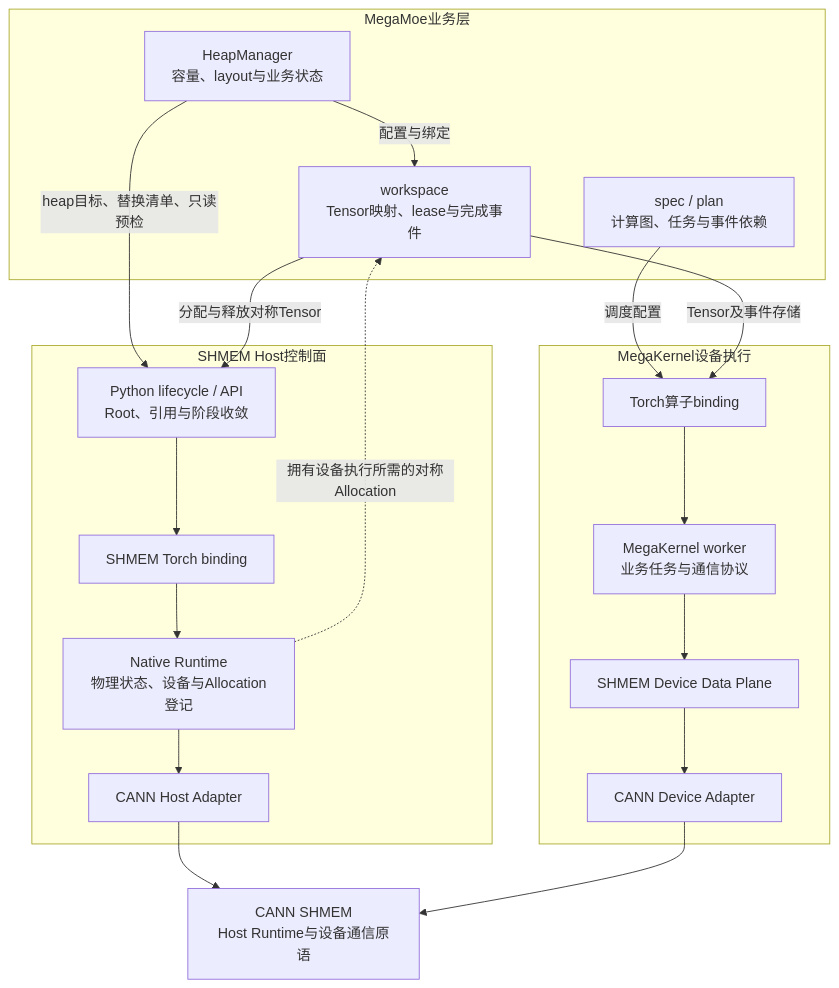
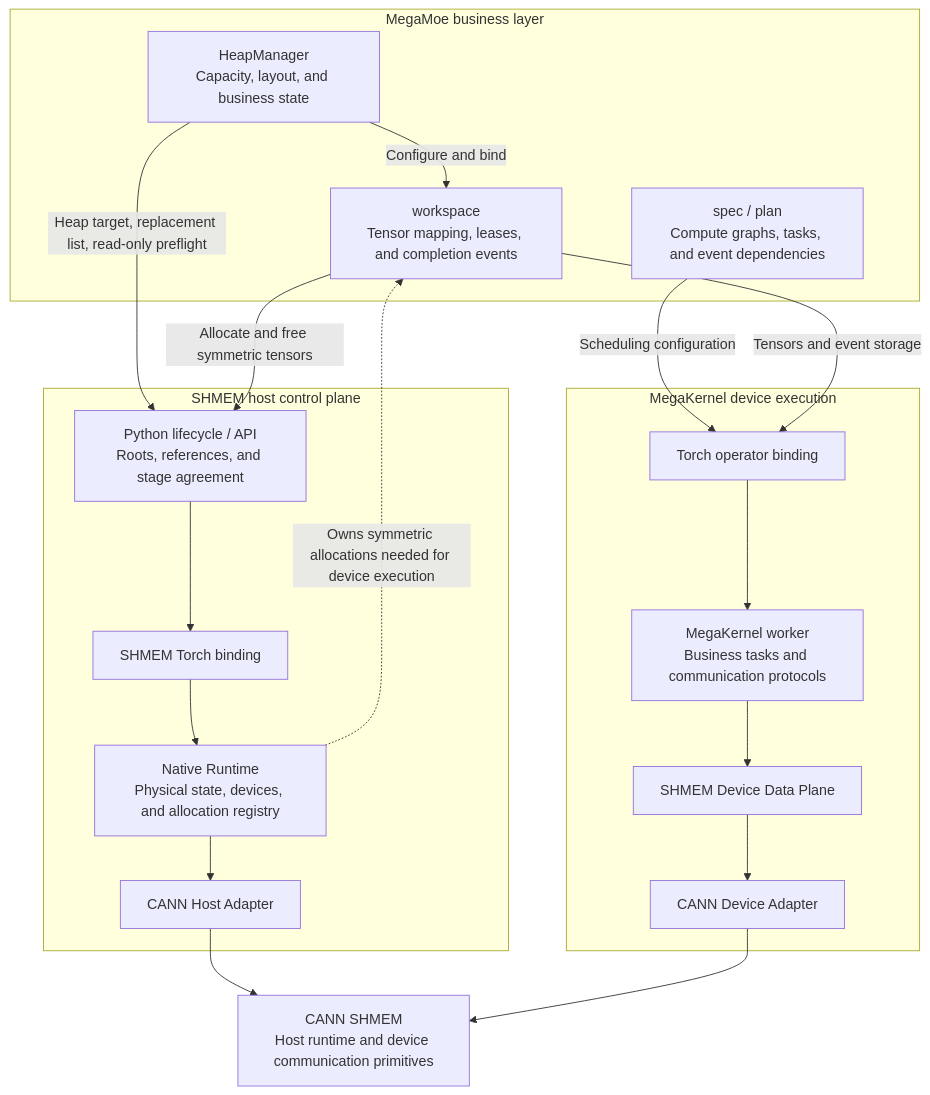
Before and after one commit to mindspore-ai/hyper-parallel: the first of 3 diagrams in hyper_parallel/core/multicore/docs/shmem.md, drawn with Mermaid. The commit also changed other lines of this file and 134 other files, not shown here.

````diff
--- a/hyper_parallel/core/multicore/docs/shmem.md
+++ b/hyper_parallel/core/multicore/docs/shmem.md
@@ -12,31 +14,31 @@
 ```mermaid
 flowchart TB
-    subgraph Business["MegaMoe业务层"]
-        P["spec / plan<br/>计算图、任务与事件依赖"]
-        H["HeapManager<br/>容量、layout与业务状态"]
-        W["workspace<br/>Tensor映射、lease与完成事件"]
-        H -->|配置与绑定| W
+    subgraph Business["MegaMoe business layer"]
+        P["spec / plan<br/>Compute graphs, tasks, and event dependencies"]
+        H["HeapManager<br/>Capacity, layout, and business state"]
+        W["workspace<br/>Tensor mapping, leases, and completion events"]
+        H -->|Configure and bind| W
     end
-    subgraph Host["SHMEM Host控制面"]
-        L["Python lifecycle / API<br/>Root、引用与阶段收敛"]
+    subgraph Host["SHMEM host control plane"]
+        L["Python lifecycle / API<br/>Roots, references, and stage agreement"]
         B["SHMEM Torch binding"]
-        N["Native Runtime<br/>物理状态、设备与Allocation登记"]
+        N["Native Runtime<br/>Physical state, devices, and allocation registry"]
         A["CANN Host Adapter"]
         L --> B --> N --> A
     end
-    subgraph Device["MegaKernel设备执行"]
-        T["Torch算子binding"]
-        K["MegaKernel worker<br/>业务任务与通信协议"]
+    subgraph Device["MegaKernel device execution"]
+        T["Torch operator binding"]
+        K["MegaKernel worker<br/>Business tasks and communication protocols"]
         D["SHMEM Device Data Plane"]
         C["CANN Device Adapter"]
         T --> K --> D --> C
     end
-    V["CANN SHMEM<br/>Host Runtime与设备通信原语"]
-    H -->|heap目标、替换清单、只读预检| L
-    W -->|分配与释放对称Tensor| L
-    P -->|调度配置| T
-    W -->|Tensor及事件存储| T
+    V["CANN SHMEM<br/>Host runtime and device communication primitives"]
+    H -->|Heap target, replacement list, read-only preflight| L
+    W -->|Allocate and free symmetric tensors| L
+    P -->|Scheduling configuration| T
+    W -->|Tensors and event storage| T
     A --> V
     C --> V
-    N -.->|拥有设备执行所需的对称Allocation| W
+    N -.->|Owns symmetric allocations needed for device execution| W
 ```
````
